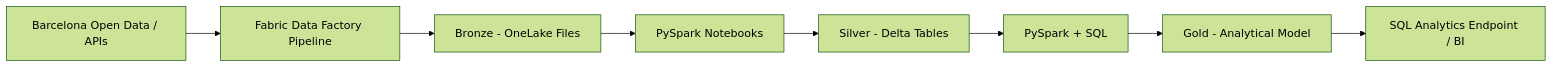
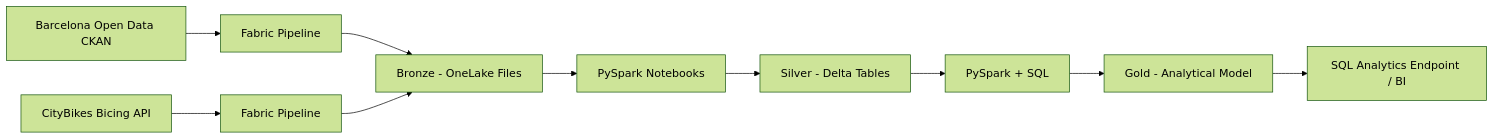
Before and after one commit to leninfonseca/barcelona-urban-mobility-data-platform: the diagram in README.md, drawn with Mermaid (forest theme). The commit also changed other lines of this file and 7 other files, not shown here.

Commit message:
feat: add Bicing Bronze ingestion milestone

````diff
--- a/README.md
+++ b/README.md
@@ -24,10 +32,12 @@
 ```mermaid
 flowchart LR
-    A[Barcelona Open Data / APIs] --> B[Fabric Data Factory Pipeline]
-    B --> C[Bronze - OneLake Files]
+    A1[Barcelona Open Data CKAN] --> B1[Fabric Pipeline]
+    A2[CityBikes Bicing API] --> B2[Fabric Pipeline]
+    B1 --> C[Bronze - OneLake Files]
+    B2 --> C
     C --> D[PySpark Notebooks]
     D --> E[Silver - Delta Tables]
     E --> F[PySpark + SQL]
     F --> G[Gold - Analytical Model]
     G --> H[SQL Analytics Endpoint / BI]
 ```
````
